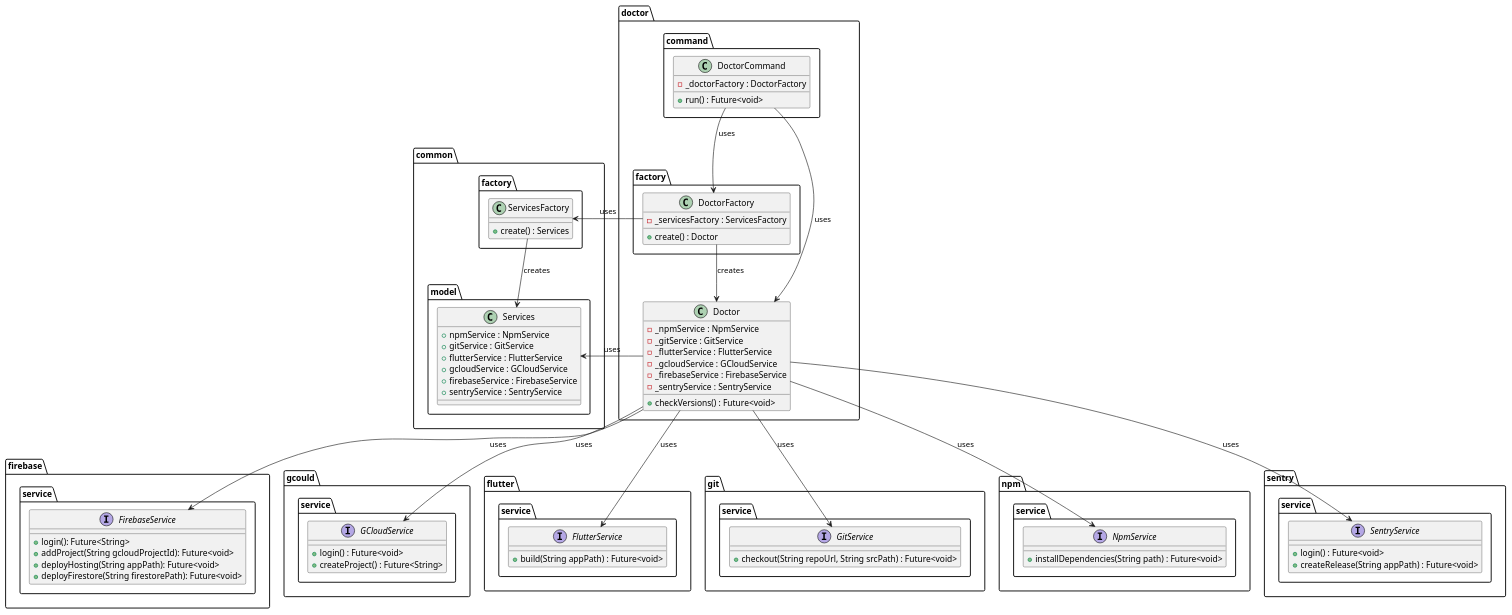
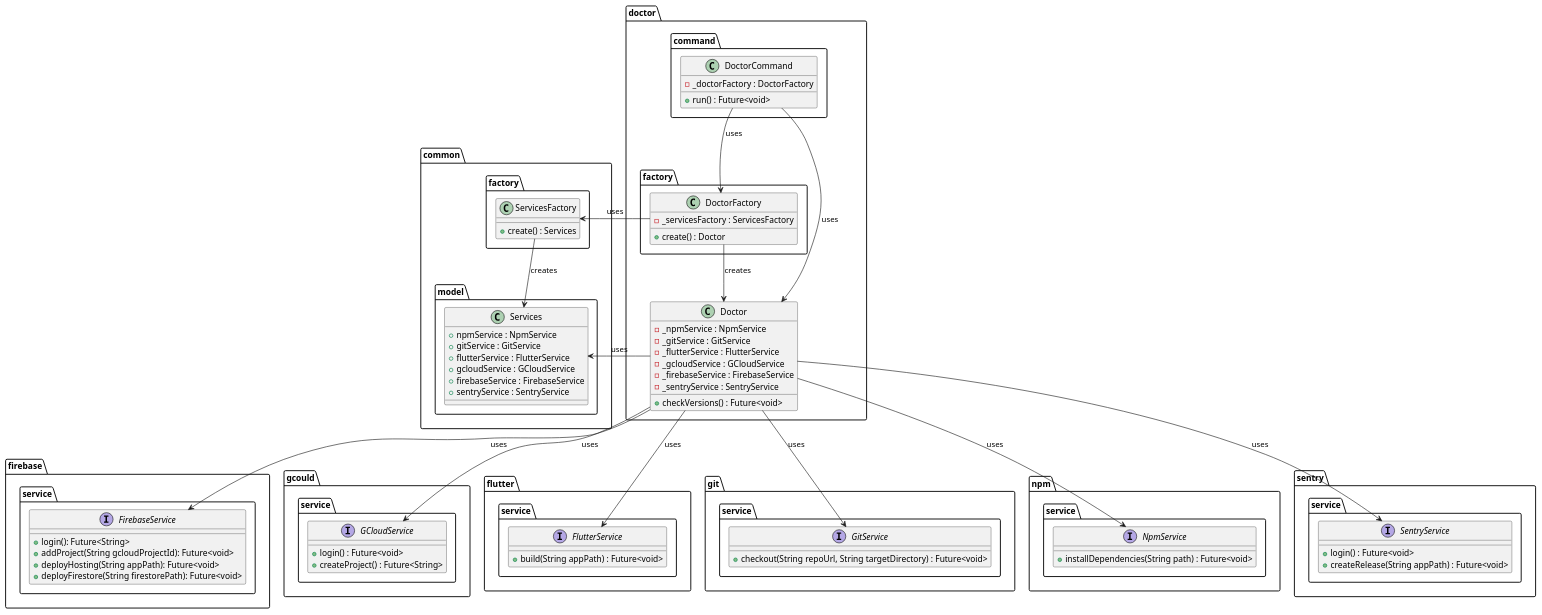
The diagram in metrics/cli/docs/diagrams/doctor_command_class_diagram.puml (Flank/flank-dashboard), drawn with PlantUML before and after one commit. The commit also changed 9 other files, not shown here.

```diff
--- a/metrics/cli/docs/diagrams/doctor_command_class_diagram.puml
+++ b/metrics/cli/docs/diagrams/doctor_command_class_diagram.puml
@@ -1,105 +1,105 @@
 @startuml doctor_command_class_diagram
 
 package firebase.service {
     interface FirebaseService {
         + login(): Future<String>
         + addProject(String gcloudProjectId): Future<void>
         + deployHosting(String appPath): Future<void>
         + deployFirestore(String firestorePath): Future<void>
     }
 }
 
 package gcould.service {
     interface GCloudService {
         + login() : Future<void>
         + createProject() : Future<String>
     }
 }
 
 package flutter.service {
     interface FlutterService  {
         + build(String appPath) : Future<void>
     }
 }
 
 package git.service{
     interface GitService  {
-        + checkout(String repoUrl, String srcPath) : Future<void>
+        + checkout(String repoUrl, String targetDirectory) : Future<void>
     }
 }
 
 package npm.service {
     interface NpmService  {
         + installDependencies(String path) : Future<void>
     }
 }
 
 package sentry.service{
     interface SentryService  {
         + login() : Future<void>
         + createRelease(String appPath) : Future<void>
     }
 }
 
 package common {
     package model {
         class Services {
             + npmService : NpmService
             + gitService : GitService
             + flutterService : FlutterService
             + gcloudService : GCloudService
             + firebaseService : FirebaseService
             + sentryService : SentryService
         }
     }
 
     package factory as common.factory{
         class ServicesFactory {
             + create() : Services
         }
     }
 }
 
 package doctor {
     package command {
         class DoctorCommand {
             - _doctorFactory : DoctorFactory
             + run() : Future<void>
         }
     }
 
     package factory {
         class DoctorFactory {
             - _servicesFactory : ServicesFactory
             + create() : Doctor
         }
     }
 
     class Doctor {
         - _npmService : NpmService
         - _gitService : GitService
         - _flutterService : FlutterService
         - _gcloudService : GCloudService
         - _firebaseService : FirebaseService
         - _sentryService : SentryService
         + checkVersions() : Future<void>
     }
 }
 
 DoctorCommand -down-> Doctor : uses
 DoctorCommand --> DoctorFactory : uses
 
 DoctorFactory --> Doctor : creates
 DoctorFactory -left-> ServicesFactory : uses
 
 ServicesFactory --> Services : creates
 
 Doctor -down-> NpmService : uses
 Doctor -down-> GitService : uses
 Doctor -down-> FlutterService : uses
 Doctor -down-> GCloudService : uses
 Doctor -down-> FirebaseService : uses
 Doctor -down-> SentryService : uses
 Doctor -left-> Services : uses
 
 @enduml
```
